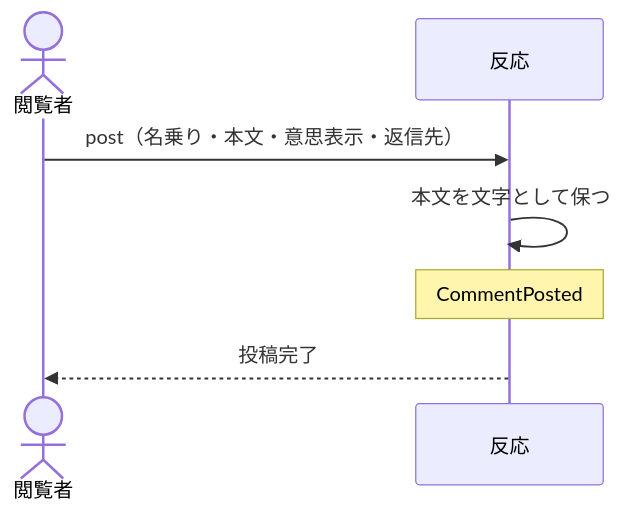
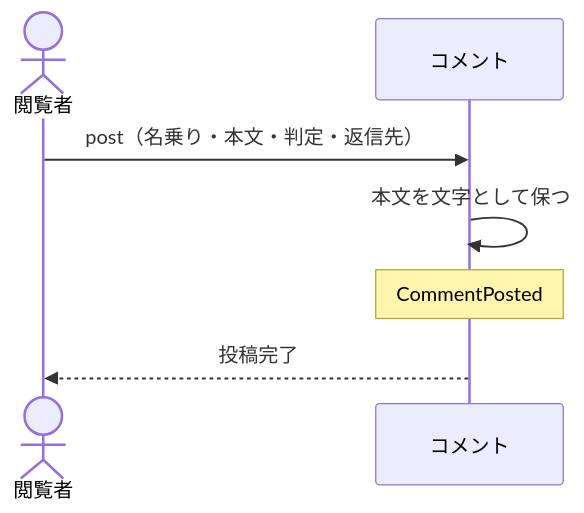
Before and after one commit to daidaiiro-519/waffle: the diagram in .waffle/specs/bc-artifact-share/subdomain/sd-artifact-sharing/usecase/uc-post-comment.md, drawn with Mermaid. The commit also changed other lines of this file and 25 other files, not shown here.

````diff
--- a/.waffle/specs/bc-artifact-share/subdomain/sd-artifact-sharing/usecase/uc-post-comment.md
+++ b/.waffle/specs/bc-artifact-share/subdomain/sd-artifact-sharing/usecase/uc-post-comment.md
@@ -39,8 +39,8 @@
 ```mermaid
 sequenceDiagram
     actor 閲覧者
-    閲覧者->>反応: post（名乗り・本文・意思表示・返信先）
-    反応->>反応: 本文を文字として保つ
-    Note over 反応: CommentPosted
-    反応-->>閲覧者: 投稿完了
+    閲覧者->>コメント: post（名乗り・本文・判定・返信先）
+    コメント->>コメント: 本文を文字として保つ
+    Note over コメント: CommentPosted
+    コメント-->>閲覧者: 投稿完了
 ```
````
